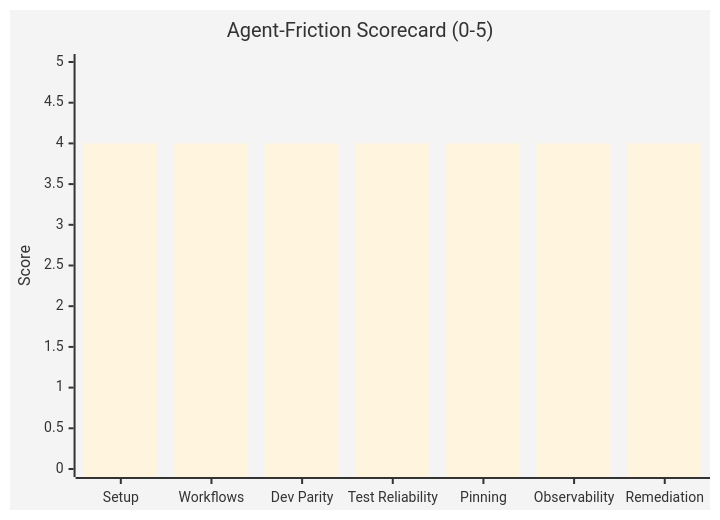
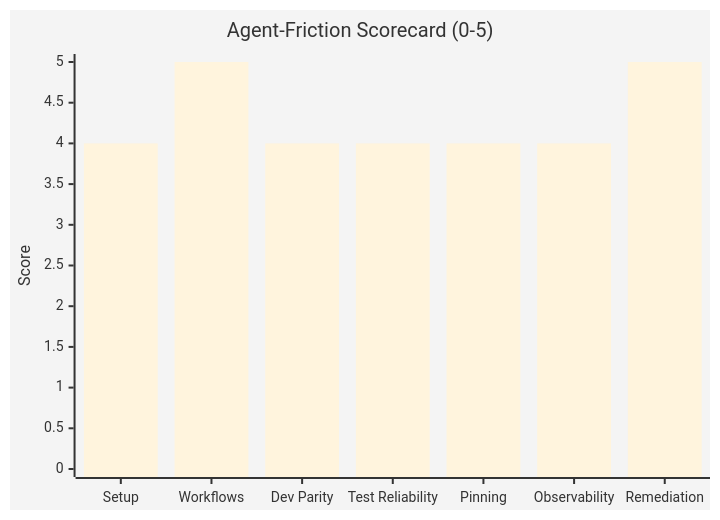
Before and after one commit to jbejenar/ripple-next: the second of 10 diagrams in docs/product-roadmap/README.md, drawn with Mermaid. The commit also changed other lines of this file and 19 other files, not shown here.

````diff
--- a/docs/product-roadmap/README.md
+++ b/docs/product-roadmap/README.md
@@ -144,8 +144,8 @@
 ```mermaid
 %%{init: {'theme': 'base', 'themeVariables': {'primaryColor': '#6366f1'}}}%%
 xychart-beta
     title "Agent-Friction Scorecard (0-5)"
     x-axis ["Setup", "Workflows", "Dev Parity", "Test Reliability", "Pinning", "Observability", "Remediation"]
     y-axis "Score" 0 --> 5
-    bar [4, 4, 4, 4, 4, 4, 4]
+    bar [4, 5, 4, 4, 4, 4, 5]
 ```
````
